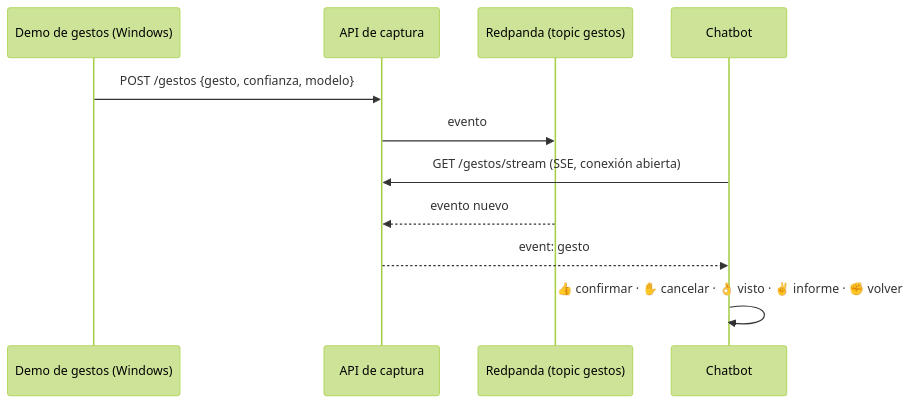
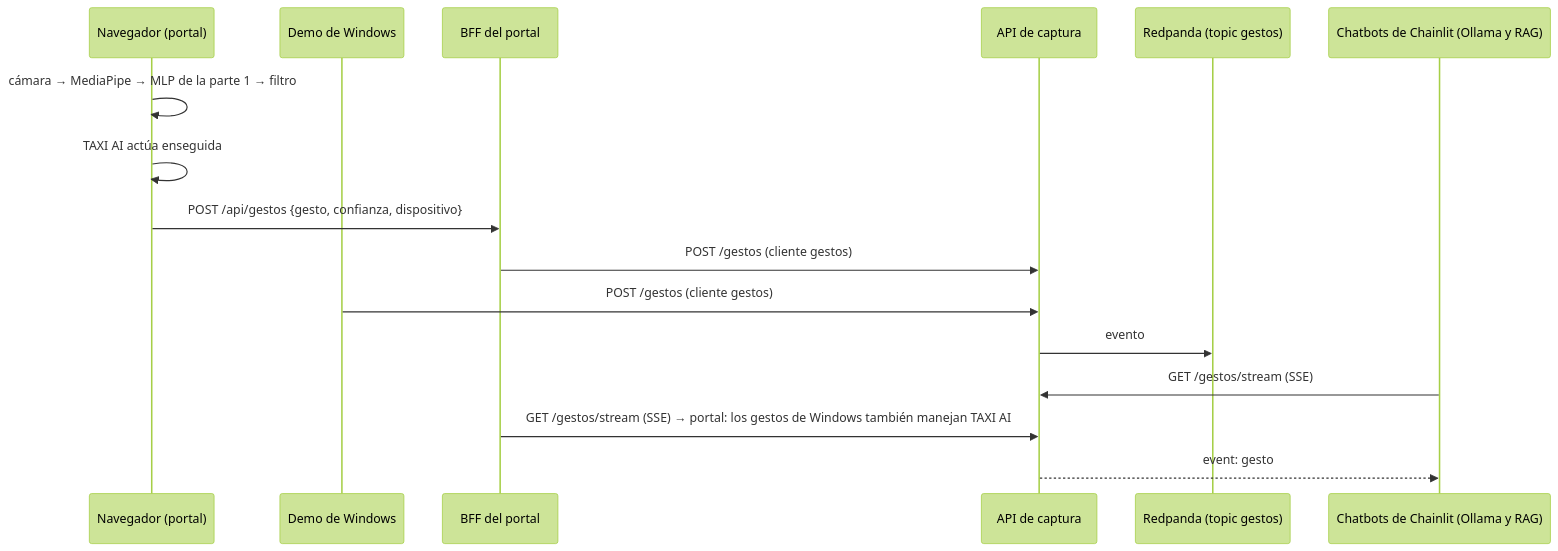
Before and after one commit to javiersaguar/PIDS-Proyecto1: the diagram in integracion/README.md, drawn with Mermaid (forest theme). The commit also changed other lines of this file and 91 other files, not shown here.

First line of the commit message:
Gestos de la parte 1 en los tres chatbots y en el navegador; grupos ocultos como «oculto» (T12) y LLM externo vigente (T13)

````diff
--- a/integracion/README.md
+++ b/integracion/README.md
@@ -6,13 +12,18 @@
 ```mermaid
 sequenceDiagram
-    participant W as Demo de gestos (Windows)
+    participant N as Navegador (portal)
+    participant W as Demo de Windows
+    participant B as BFF del portal
     participant C as API de captura
     participant R as Redpanda (topic gestos)
-    participant B as Chatbot
-    W->>C: POST /gestos {gesto, confianza, modelo}
+    participant T as Chatbots de Chainlit (Ollama y RAG)
+    N->>N: cámara → MediaPipe → MLP de la parte 1 → filtro
+    N->>N: TAXI AI actúa enseguida
+    N->>B: POST /api/gestos {gesto, confianza, dispositivo}
+    B->>C: POST /gestos (cliente gestos)
+    W->>C: POST /gestos (cliente gestos)
     C->>R: evento
-    B->>C: GET /gestos/stream (SSE, conexión abierta)
-    R-->>C: evento nuevo
-    C-->>B: event: gesto
-    B->>B: 👍 confirmar · ✋ cancelar · 👌 visto · ✌️ informe · ✊ volver
+    T->>C: GET /gestos/stream (SSE)
+    B->>C: GET /gestos/stream (SSE) → portal: los gestos de Windows también manejan TAXI AI
+    C-->>T: event: gesto
 ```
````
